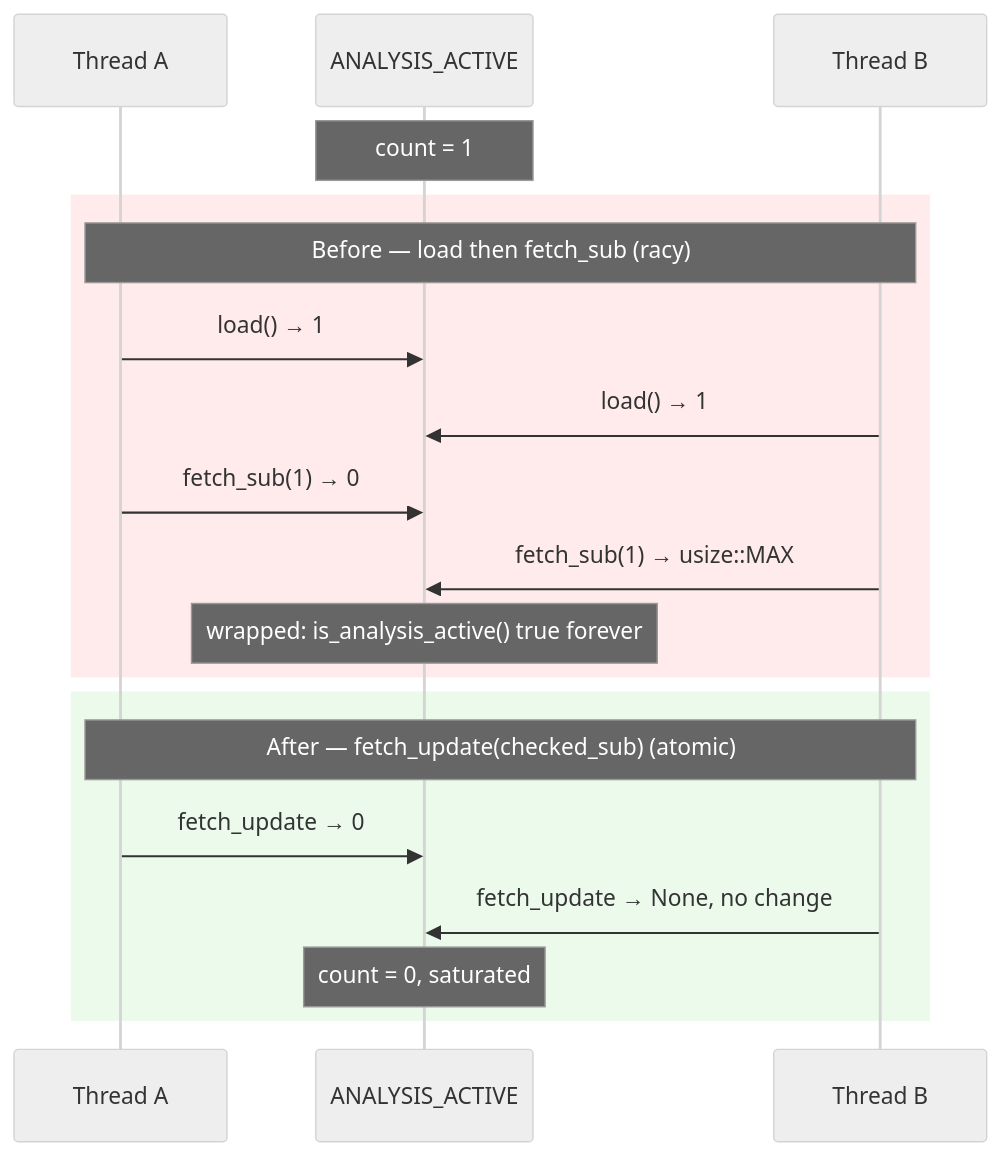
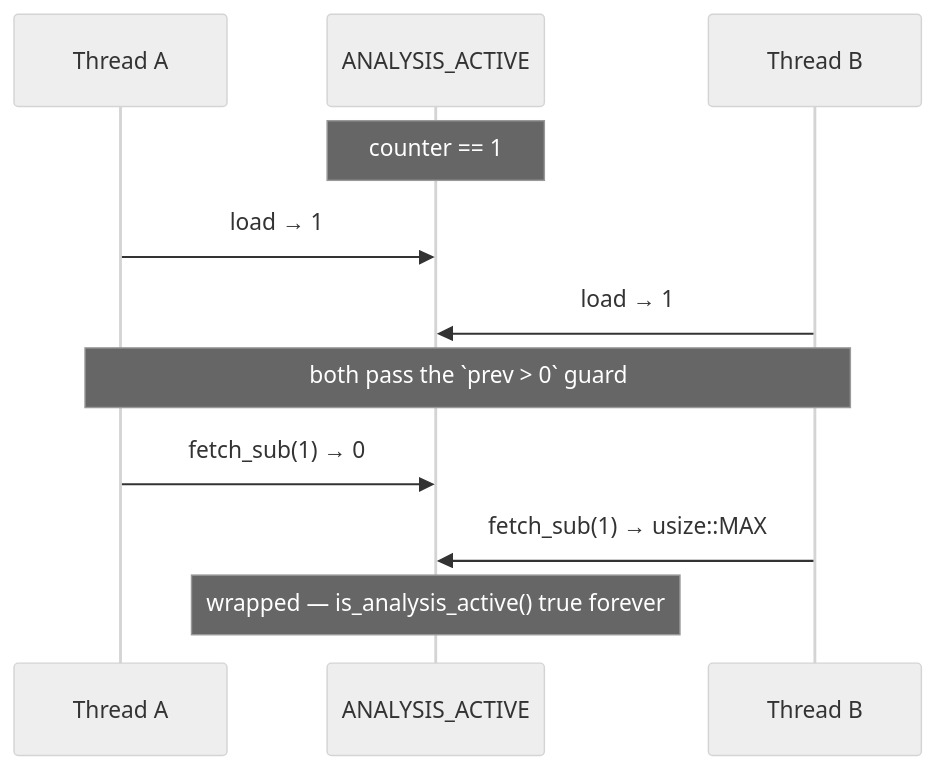
The diagram in docs/archive/pr-summaries/pr-summary-1752.md (stSoftwareAU/NEAT-AI-Discovery), drawn with Mermaid (neutral theme) before and after one commit. The commit also changed other lines of this file, not shown here.

````diff
--- a/docs/archive/pr-summaries/pr-summary-1752.md
+++ b/docs/archive/pr-summaries/pr-summary-1752.md
@@ -20,21 +20,13 @@
 ```mermaid
 sequenceDiagram
     participant A as Thread A
     participant C as ANALYSIS_ACTIVE
     participant B as Thread B
-    Note over C: count = 1
-    rect rgb(255, 235, 235)
-        Note over A,B: Before — load then fetch_sub (racy)
-        A->>C: load() → 1
-        B->>C: load() → 1
-        A->>C: fetch_sub(1) → 0
-        B->>C: fetch_sub(1) → usize::MAX
-        Note over C: wrapped: is_analysis_active() true forever
-    end
-    rect rgb(235, 250, 235)
-        Note over A,B: After — fetch_update(checked_sub) (atomic)
-        A->>C: fetch_update → 0
-        B->>C: fetch_update → None, no change
-        Note over C: count = 0, saturated
-    end
+    Note over C: counter == 1
+    A->>C: load → 1
+    B->>C: load → 1
+    Note over A,B: both pass the `prev > 0` guard
+    A->>C: fetch_sub(1) → 0
+    B->>C: fetch_sub(1) → usize::MAX
+    Note over C: wrapped — is_analysis_active() true forever
 ```
````
